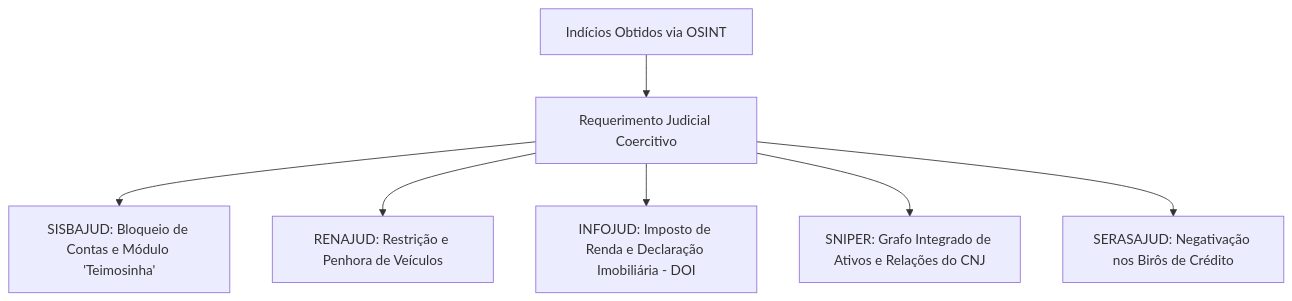
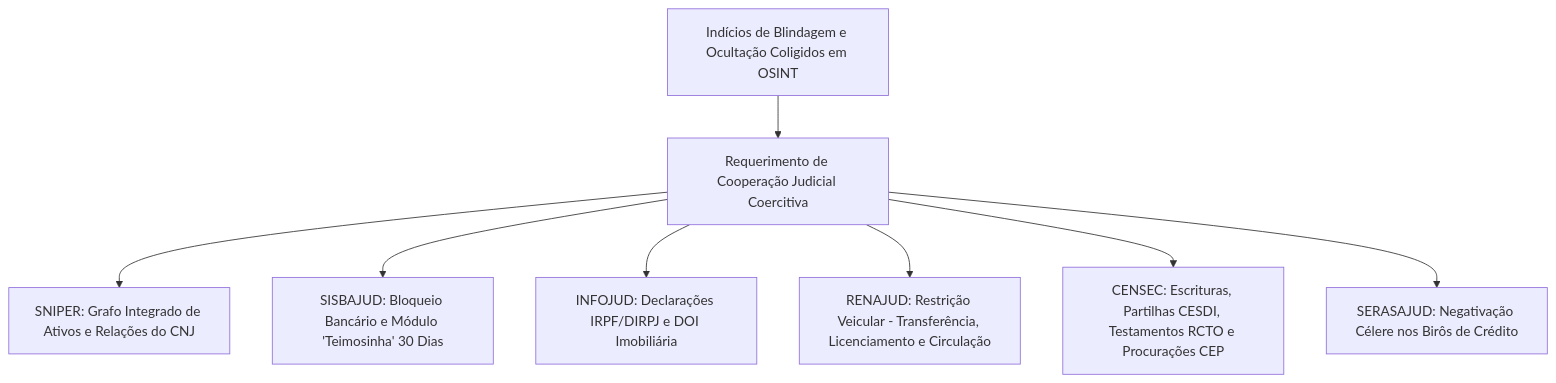
One commit to prof-ramos/osint_advogados changed the diagram in livro/parte_4_aplicacoes_juridicas_praticas/cap_22_quando_osint_e_insuficiente_medidas_judiciais.md. Above: the diagram before and after it, drawn with Mermaid. The commit also changed other lines of this file and 5 other files, not shown here.

````diff
--- a/livro/parte_4_aplicacoes_juridicas_praticas/cap_22_quando_osint_e_insuficiente_medidas_judiciais.md
+++ b/livro/parte_4_aplicacoes_juridicas_praticas/cap_22_quando_osint_e_insuficiente_medidas_judiciais.md
@@ -17,9 +49,10 @@
 ```mermaid
 flowchart TD
-    A[Indícios Obtidos via OSINT] --> B[Requerimento Judicial Coercitivo]
-    B --> C[SISBAJUD: Bloqueio de Contas e Módulo 'Teimosinha']
-    B --> D[RENAJUD: Restrição e Penhora de Veículos]
-    B --> E[INFOJUD: Imposto de Renda e Declaração Imobiliária - DOI]
-    B --> F[SNIPER: Grafo Integrado de Ativos e Relações do CNJ]
-    B --> G[SERASAJUD: Negativação nos Birôs de Crédito]
+    A[Indícios de Blindagem e Ocultação Coligidos em OSINT] --> B[Requerimento de Cooperação Judicial Coercitiva]
+    B --> C[SNIPER: Grafo Integrado de Ativos e Relações do CNJ]
+    B --> D[SISBAJUD: Bloqueio Bancário e Módulo 'Teimosinha' 30 Dias]
+    B --> E[INFOJUD: Declarações IRPF/DIRPJ e DOI Imobiliária]
+    B --> F[RENAJUD: Restrição Veicular - Transferência, Licenciamento e Circulação]
+    B --> G[CENSEC: Escrituras, Partilhas CESDI, Testamentos RCTO e Procurações CEP]
+    B --> H[SERASAJUD: Negativação Célere nos Birôs de Crédito]
 ```
````
